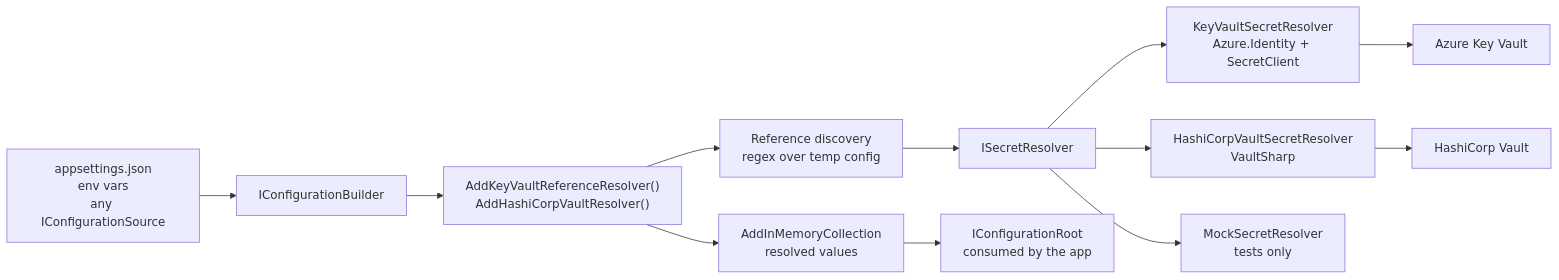
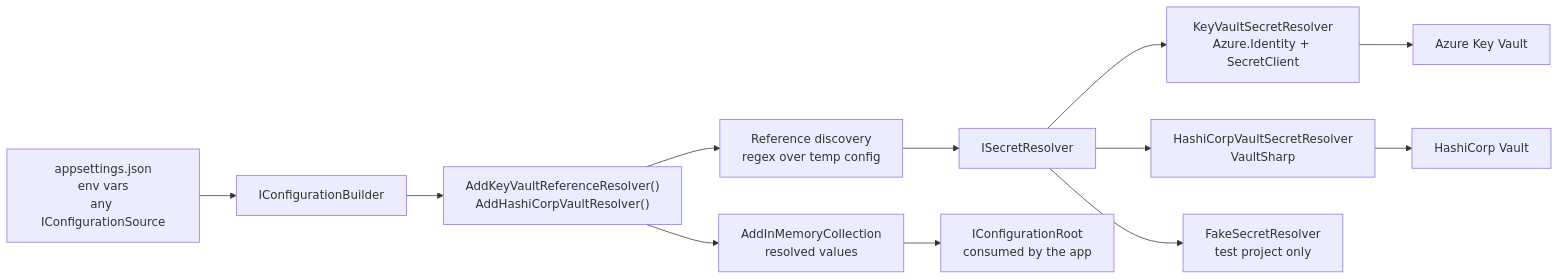
The diagram in docs/Architecture/Architecture-Overview.md (gijswalraven/KeyVaultReferenceResolver), drawn with Mermaid before and after one commit. The commit also changed other lines of this file and 9 other files, not shown here.

````diff
--- a/docs/Architecture/Architecture-Overview.md
+++ b/docs/Architecture/Architecture-Overview.md
@@ -15,14 +15,14 @@
 ```mermaid
 graph LR
     A["appsettings.json<br/>env vars<br/>any IConfigurationSource"] --> B["IConfigurationBuilder"]
     B --> C["AddKeyVaultReferenceResolver()<br/>AddHashiCorpVaultResolver()"]
     C --> D["Reference discovery<br/>regex over temp config"]
     D --> E["ISecretResolver"]
     E --> F["KeyVaultSecretResolver<br/>Azure.Identity + SecretClient"]
     E --> G["HashiCorpVaultSecretResolver<br/>VaultSharp"]
-    E --> H["MockSecretResolver<br/>tests only"]
+    E --> H["FakeSecretResolver<br/>test project only"]
     F --> I["Azure Key Vault"]
     G --> J["HashiCorp Vault"]
     C --> K["AddInMemoryCollection<br/>resolved values"]
     K --> L["IConfigurationRoot<br/>consumed by the app"]
 ```
````
